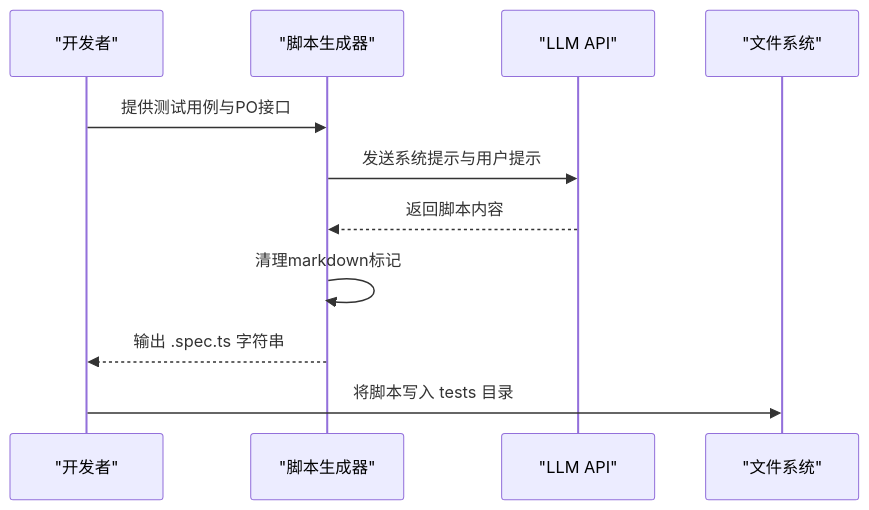
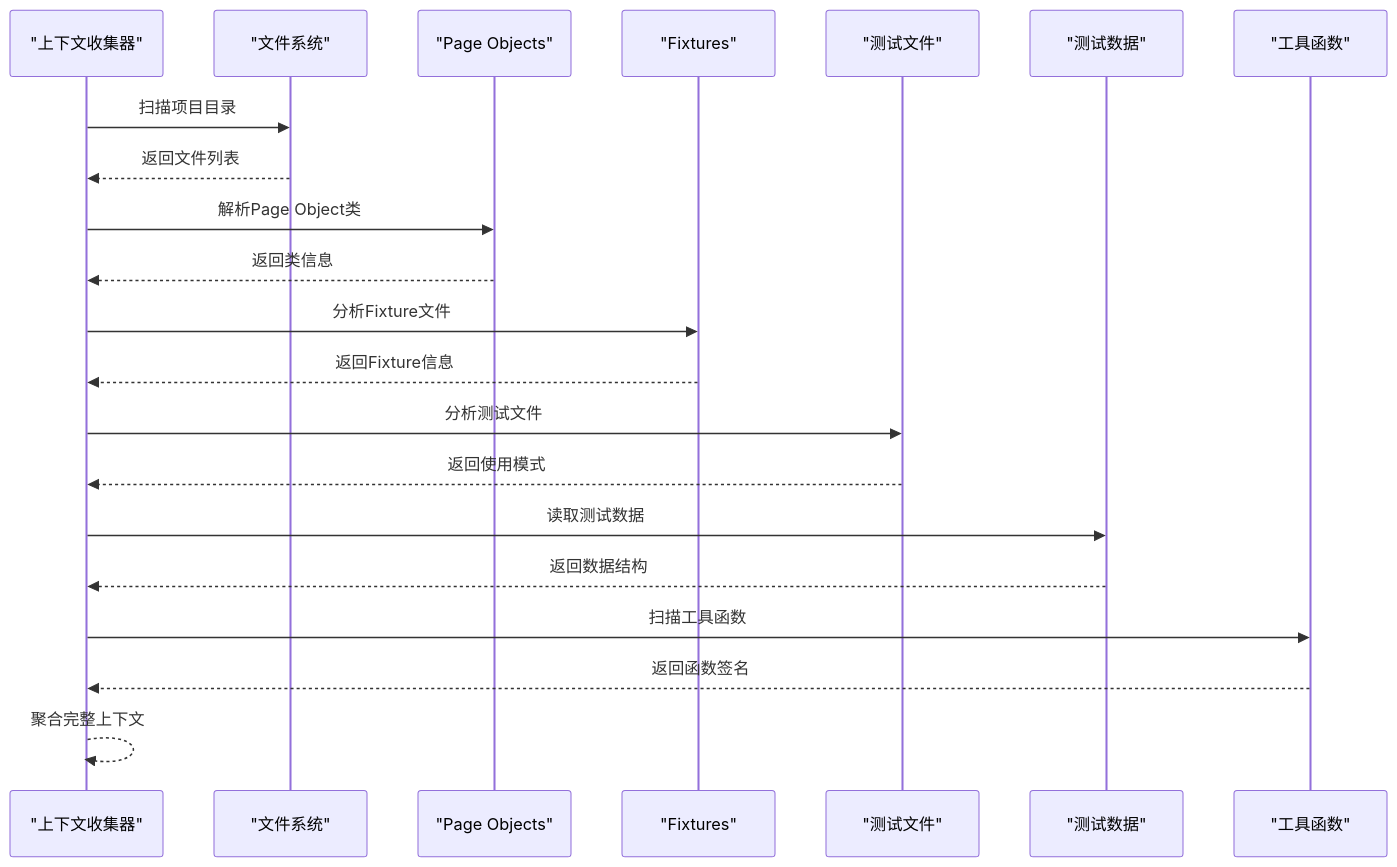
The fourth of 6 diagrams in .qoder/repowiki/zh/content/AI测试生成系统/AI测试生成系统.md (zzgoviziwind/--playwright), drawn with Mermaid before and after one commit. The commit also changed other lines of this file and 112 other files, not shown here.

````diff
--- a/.qoder/repowiki/zh/content/AI测试生成系统/AI测试生成系统.md
+++ b/.qoder/repowiki/zh/content/AI测试生成系统/AI测试生成系统.md
@@ -199,13 +257,23 @@
 ```mermaid
 sequenceDiagram
-participant Dev as "开发者"
-participant SG as "脚本生成器"
-participant LLM as "LLM API"
+participant CC as "上下文收集器"
 participant FS as "文件系统"
-Dev->>SG : 提供测试用例与PO接口
-SG->>LLM : 发送系统提示与用户提示
-LLM-->>SG : 返回脚本内容
-SG->>SG : 清理markdown标记
-SG-->>Dev : 输出 .spec.ts 字符串
-Dev->>FS : 将脚本写入 tests 目录
+participant PO as "Page Objects"
+participant FIX as "Fixtures"
+participant TEST as "测试文件"
+participant DATA as "测试数据"
+participant UTIL as "工具函数"
+CC->>FS : 扫描项目目录
+FS-->>CC : 返回文件列表
+CC->>PO : 解析Page Object类
+PO-->>CC : 返回类信息
+CC->>FIX : 分析Fixture文件
+FIX-->>CC : 返回Fixture信息
+CC->>TEST : 分析测试文件
+TEST-->>CC : 返回使用模式
+CC->>DATA : 读取测试数据
+DATA-->>CC : 返回数据结构
+CC->>UTIL : 扫描工具函数
+UTIL-->>CC : 返回函数签名
+CC-->>CC : 聚合完整上下文
 ```
````
